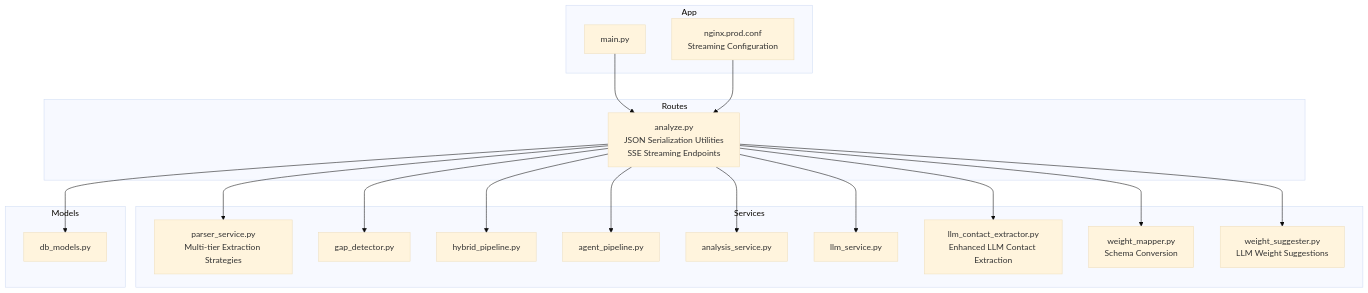
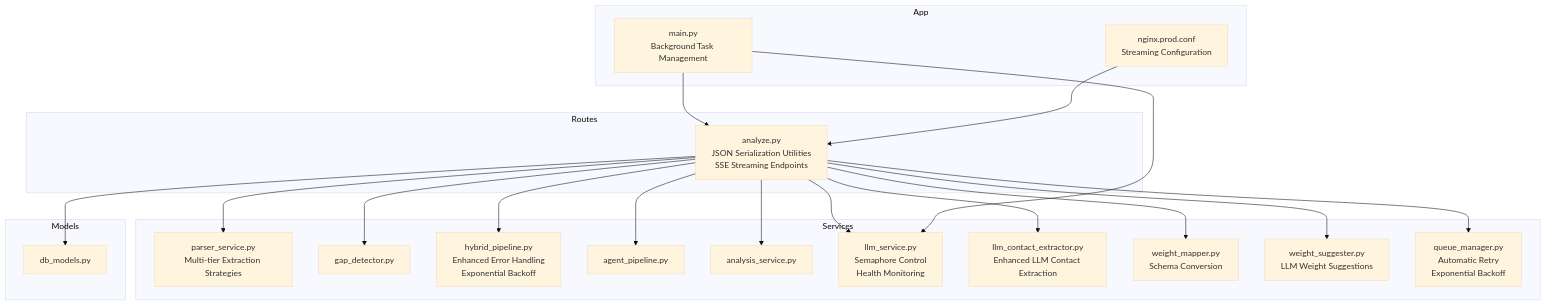
The first of 20 diagrams in .qoder/repowiki/en/content/Analysis Engine/Analysis Engine.md (Revanththetalogics/aireume), drawn with Mermaid (base theme) before and after one commit. The commit also changed other lines of this file and 61 other files, not shown here.

````diff
--- a/.qoder/repowiki/en/content/Analysis Engine/Analysis Engine.md
+++ b/.qoder/repowiki/en/content/Analysis Engine/Analysis Engine.md
@@ -61,36 +65,39 @@
 ```mermaid
 graph TB
 subgraph "Routes"
 A["analyze.py<br/>JSON Serialization Utilities<br/>SSE Streaming Endpoints"]
 end
 subgraph "Services"
 B["parser_service.py<br/>Multi-tier Extraction Strategies"]
 C["gap_detector.py"]
-D["hybrid_pipeline.py"]
+D["hybrid_pipeline.py<br/>Enhanced Error Handling<br/>Exponential Backoff"]
 E["agent_pipeline.py"]
 F["analysis_service.py"]
-G["llm_service.py"]
+G["llm_service.py<br/>Semaphore Control<br/>Health Monitoring"]
 H["llm_contact_extractor.py<br/>Enhanced LLM Contact Extraction"]
 I["weight_mapper.py<br/>Schema Conversion"]
 J["weight_suggester.py<br/>LLM Weight Suggestions"]
+K["queue_manager.py<br/>Automatic Retry<br/>Exponential Backoff"]
 end
 subgraph "Models"
-K["db_models.py"]
+L["db_models.py"]
 end
 subgraph "App"
-L["main.py"]
-M["nginx.prod.conf<br/>Streaming Configuration"]
+M["main.py<br/>Background Task Management"]
+N["nginx.prod.conf<br/>Streaming Configuration"]
 end
 A --> B
 A --> C
 A --> D
 A --> E
 A --> F
 A --> G
 A --> H
 A --> I
 A --> J
 A --> K
-L --> A
+A --> L
 M --> A
+M --> G
+N --> A
 ```
````
